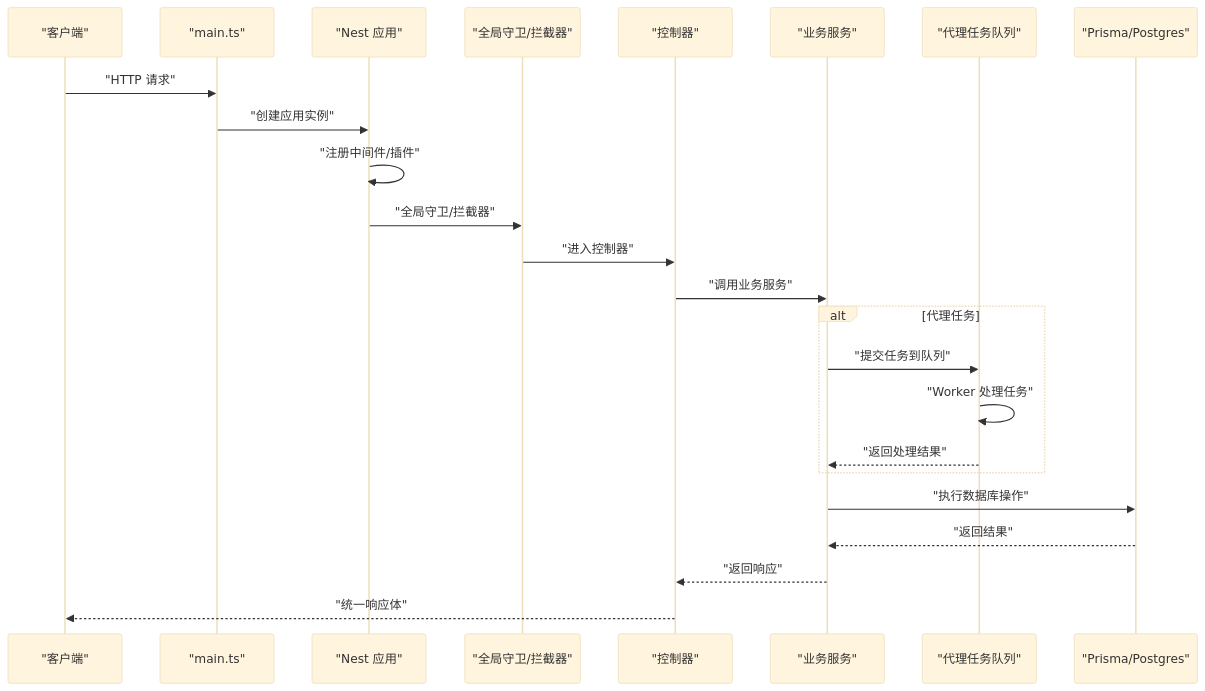
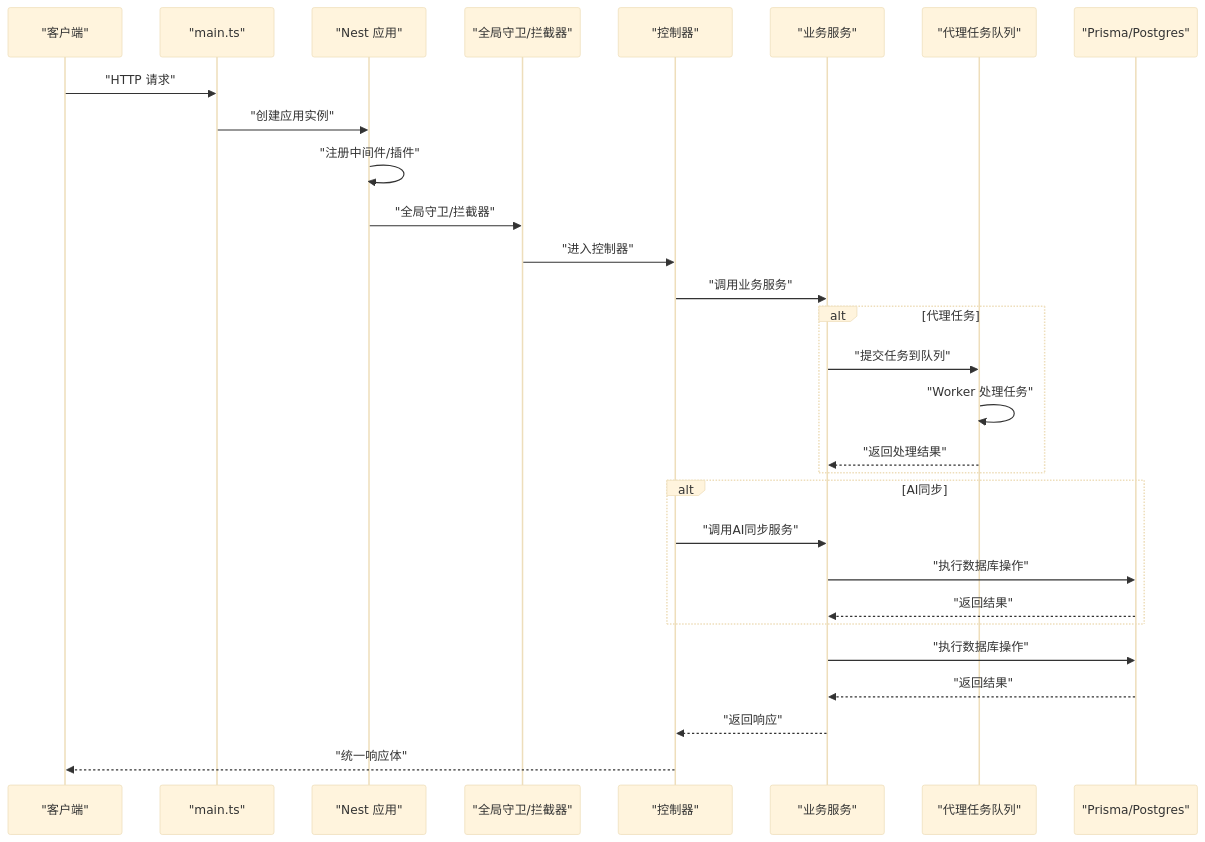
Before and after one commit to xixixiaoyu/Todo: the second of 13 diagrams in .qoder/repowiki/zh/content/后端架构/后端架构.md, drawn with Mermaid (base theme). The commit also changed other lines of this file and 4 other files, not shown here.

````diff
--- a/.qoder/repowiki/zh/content/后端架构/后端架构.md
+++ b/.qoder/repowiki/zh/content/后端架构/后端架构.md
@@ -133,26 +143,31 @@
 ```mermaid
 sequenceDiagram
 participant Client as "客户端"
 participant Main as "main.ts"
 participant App as "Nest 应用"
 participant Guard as "全局守卫/拦截器"
 participant Ctrl as "控制器"
 participant Svc as "业务服务"
 participant Queue as "代理任务队列"
 participant DB as "Prisma/Postgres"
 Client->>Main : "HTTP 请求"
 Main->>App : "创建应用实例"
 App->>App : "注册中间件/插件"
 App->>Guard : "全局守卫/拦截器"
 Guard->>Ctrl : "进入控制器"
 Ctrl->>Svc : "调用业务服务"
 alt 代理任务
 Svc->>Queue : "提交任务到队列"
 Queue->>Queue : "Worker 处理任务"
 Queue-->>Svc : "返回处理结果"
 end
+alt AI同步
+Ctrl->>Svc : "调用AI同步服务"
+Svc->>DB : "执行数据库操作"
+DB-->>Svc : "返回结果"
+end
 Svc->>DB : "执行数据库操作"
 DB-->>Svc : "返回结果"
 Svc-->>Ctrl : "返回响应"
 Ctrl-->>Client : "统一响应体"
 ```
````
